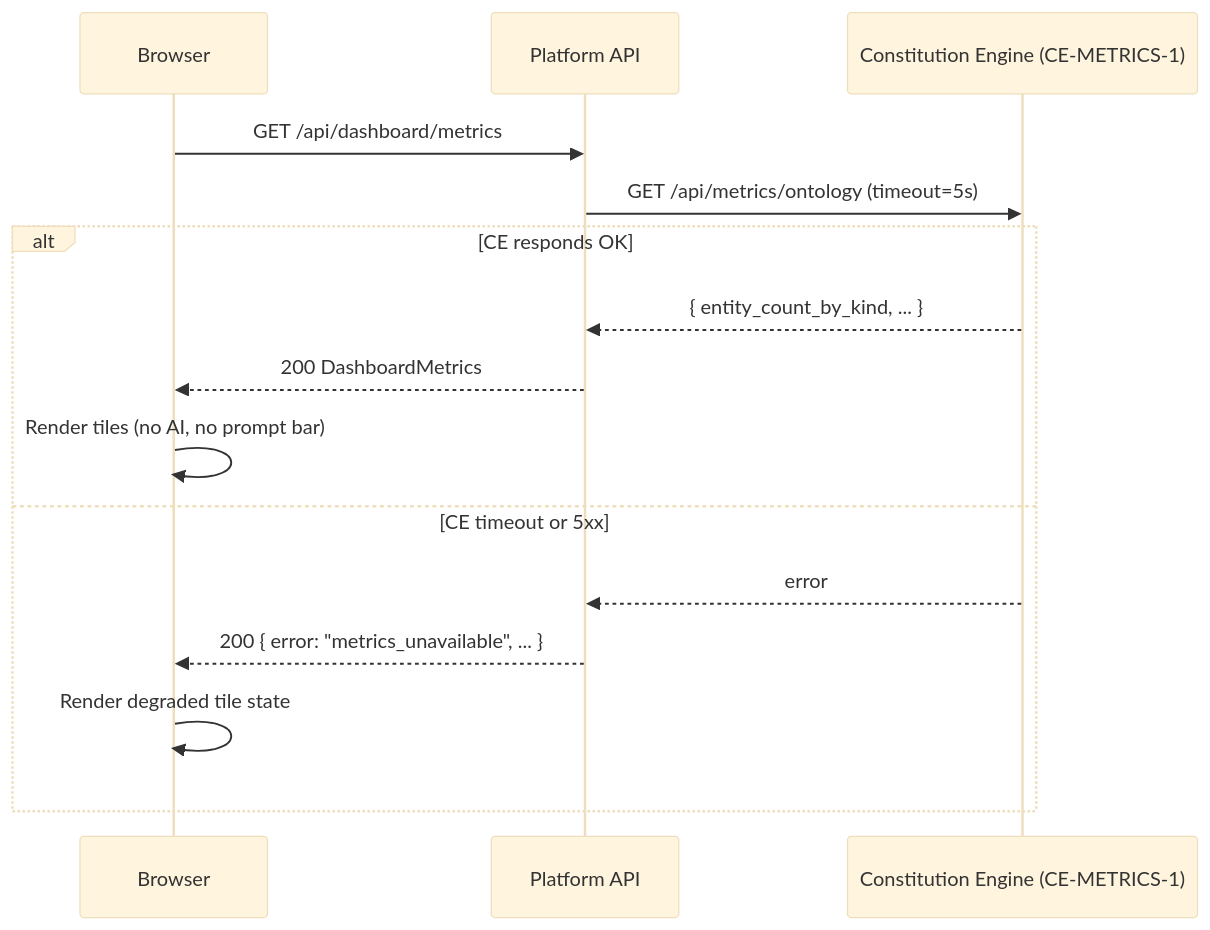
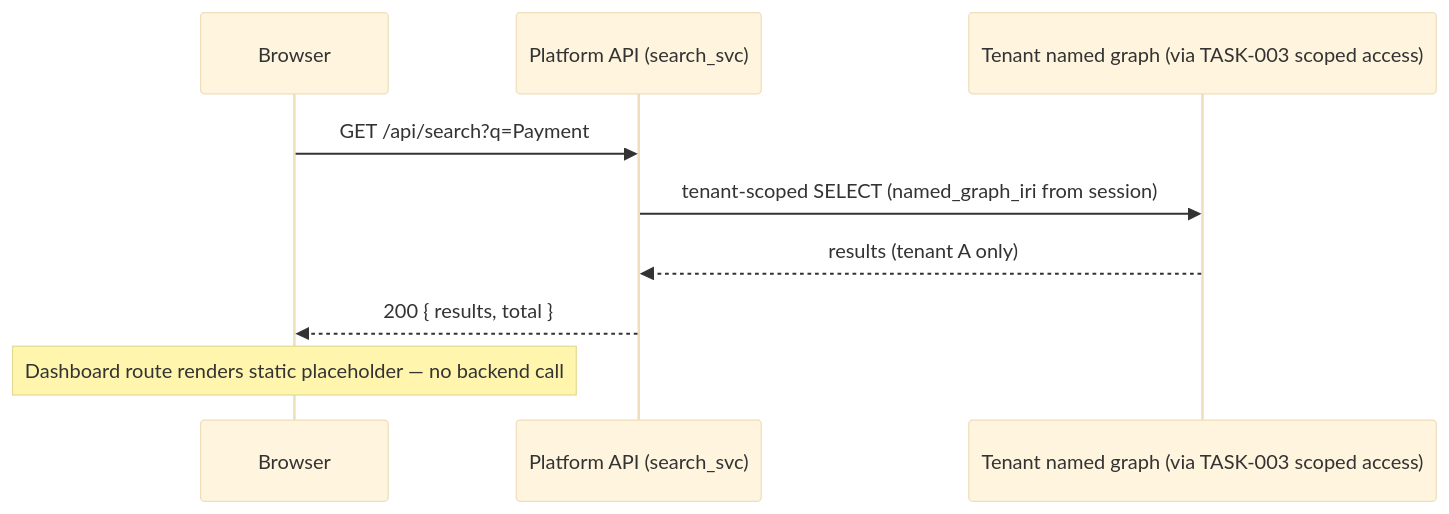
The diagram in docs/specs/weave/engines/weave-platform/m1/tasks/TASK-005.md (gazzwi86/weave), drawn with Mermaid (base theme) before and after one commit. The commit also changed other lines of this file and 12 other files, not shown here.

First line of the commit message:
docs(weave-platform): close spec-review gaps — C4 architecture, testing strategy, EARS, E1-S0 to M2

````diff
--- a/docs/specs/weave/engines/weave-platform/m1/tasks/TASK-005.md
+++ b/docs/specs/weave/engines/weave-platform/m1/tasks/TASK-005.md
@@ -140,18 +113,12 @@
 ```mermaid
 sequenceDiagram
     participant Browser
-    participant PlatAPI as Platform API
-    participant CE as Constitution Engine (CE-METRICS-1)
+    participant PlatAPI as Platform API (search_svc)
+    participant Store as Tenant named graph (via TASK-003 scoped access)
 
-    Browser->>PlatAPI: GET /api/dashboard/metrics
-    PlatAPI->>CE: GET /api/metrics/ontology (timeout=5s)
-    alt CE responds OK
-        CE-->>PlatAPI: { entity_count_by_kind, ... }
-        PlatAPI-->>Browser: 200 DashboardMetrics
-        Browser->>Browser: Render tiles (no AI, no prompt bar)
-    else CE timeout or 5xx
-        CE-->>PlatAPI: error
-        PlatAPI-->>Browser: 200 { error: "metrics_unavailable", ... }
-        Browser->>Browser: Render degraded tile state
-    end
+    Browser->>PlatAPI: GET /api/search?q=Payment
+    PlatAPI->>Store: tenant-scoped SELECT (named_graph_iri from session)
+    Store-->>PlatAPI: results (tenant A only)
+    PlatAPI-->>Browser: 200 { results, total }
+    Note over Browser: Dashboard route renders static placeholder — no backend call
 ```
````
